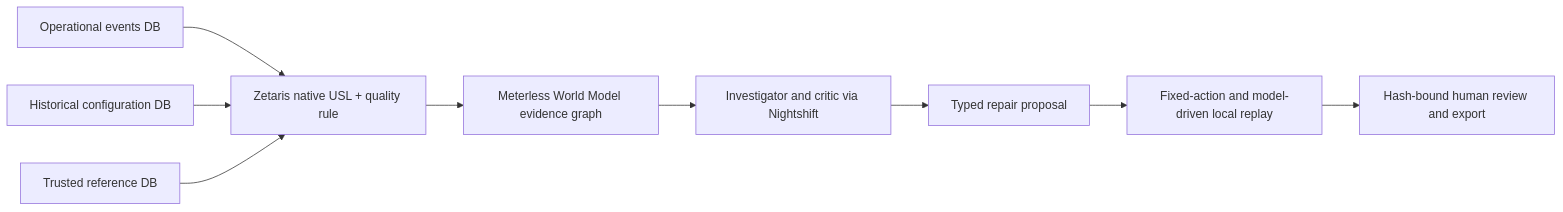
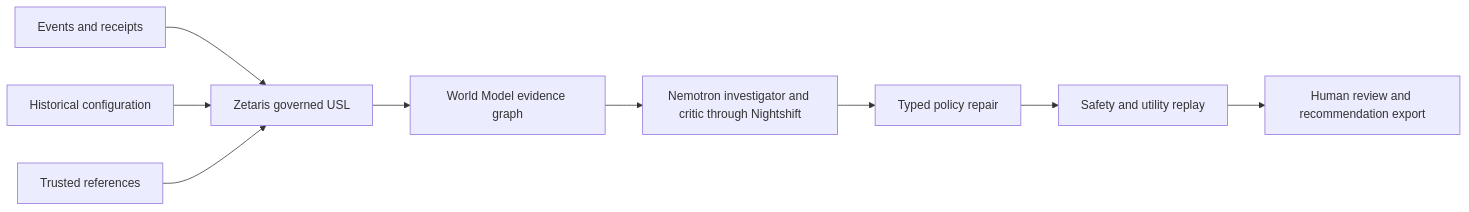
One commit to sankalp2515/TraceVerdict changed the diagram in README.md. Above: the diagram before and after it, drawn with Mermaid. The commit also changed other lines of this file and 16 other files, not shown here.

````diff
--- a/README.md
+++ b/README.md
@@ -9,11 +28,11 @@
 ```mermaid
 flowchart LR
-  E[Operational events DB] --> Z[Zetaris native USL + quality rule]
-  C[Historical configuration DB] --> Z
-  R[Trusted reference DB] --> Z
-  Z --> W[Meterless World Model evidence graph]
-  W --> I[Investigator and critic via Nightshift]
-  I --> P[Typed repair proposal]
-  P --> V[Fixed-action and model-driven local replay]
-  V --> H[Hash-bound human review and export]
+  E[Events and receipts] --> Z[Zetaris governed USL]
+  C[Historical configuration] --> Z
+  R[Trusted references] --> Z
+  Z --> G[World Model evidence graph]
+  G --> N[Nemotron investigator and critic through Nightshift]
+  N --> P[Typed policy repair]
+  P --> V[Safety and utility replay]
+  V --> H[Human review and recommendation export]
 ```
````
